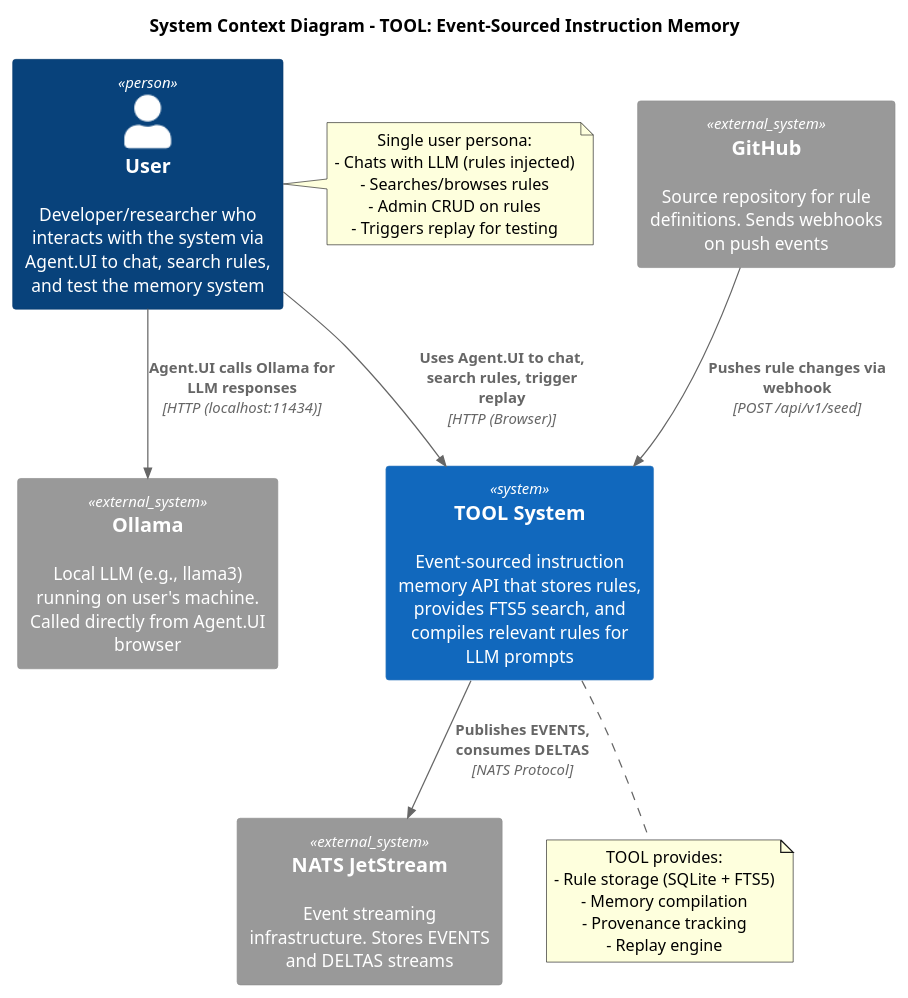
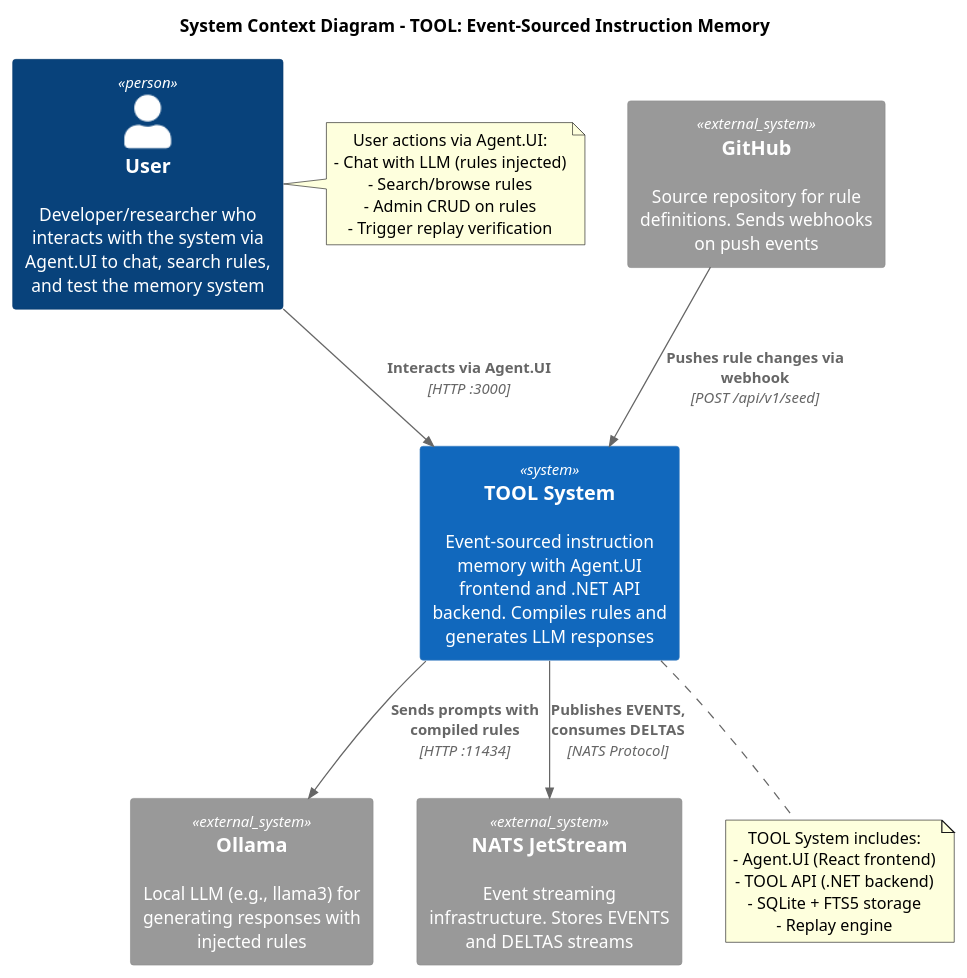
Before and after one commit to ravvnen/TOOL: the diagram in diagrams/c4_1_context.puml, drawn with PlantUML. The commit also changed 3 other files, not shown here.

First line of the commit message:
Fix diagrams: TOOL API calls Ollama, not frontend directly

```diff
--- a/diagrams/c4_1_context.puml
+++ b/diagrams/c4_1_context.puml
@@ -1,36 +1,36 @@
 @startuml C4_Context
 !include https://raw.githubusercontent.com/plantuml-stdlib/C4-PlantUML/master/C4_Context.puml
 
 title System Context Diagram - TOOL: Event-Sourced Instruction Memory
 
 Person(user, "User", "Developer/researcher who interacts with the system via Agent.UI to chat, search rules, and test the memory system")
 
-System(tool, "TOOL System", "Event-sourced instruction memory API that stores rules, provides FTS5 search, and compiles relevant rules for LLM prompts")
+System(tool, "TOOL System", "Event-sourced instruction memory with Agent.UI frontend and .NET API backend. Compiles rules and generates LLM responses")
 
 System_Ext(github, "GitHub", "Source repository for rule definitions. Sends webhooks on push events")
-System_Ext(ollama, "Ollama", "Local LLM (e.g., llama3) running on user's machine. Called directly from Agent.UI browser")
+System_Ext(ollama, "Ollama", "Local LLM (e.g., llama3) for generating responses with injected rules")
 System_Ext(nats, "NATS JetStream", "Event streaming infrastructure. Stores EVENTS and DELTAS streams")
 
-Rel(user, tool, "Uses Agent.UI to chat, search rules, trigger replay", "HTTP (Browser)")
-Rel(user, ollama, "Agent.UI calls Ollama for LLM responses", "HTTP (localhost:11434)")
+Rel(user, tool, "Interacts via Agent.UI", "HTTP :3000")
+Rel(tool, ollama, "Sends prompts with compiled rules", "HTTP :11434")
 
 Rel(github, tool, "Pushes rule changes via webhook", "POST /api/v1/seed")
 Rel(tool, nats, "Publishes EVENTS, consumes DELTAS", "NATS Protocol")
 
 note right of user
-  Single user persona:
-  - Chats with LLM (rules injected)
-  - Searches/browses rules
+  User actions via Agent.UI:
+  - Chat with LLM (rules injected)
+  - Search/browse rules
   - Admin CRUD on rules
-  - Triggers replay for testing
+  - Trigger replay verification
 end note
 
 note bottom of tool
-  TOOL provides:
-  - Rule storage (SQLite + FTS5)
-  - Memory compilation
-  - Provenance tracking
+  TOOL System includes:
+  - Agent.UI (React frontend)
+  - TOOL API (.NET backend)
+  - SQLite + FTS5 storage
   - Replay engine
 end note
 
 @enduml
```
